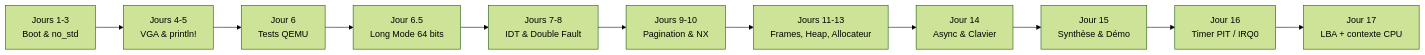
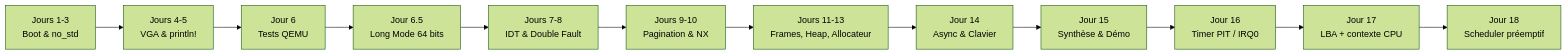
Before and after one commit to Traorehub/Project_Modern_OS_with_Rust: the diagram in README.md, drawn with Mermaid (forest theme). The commit also changed other lines of this file and 43 other files, not shown here.

````diff
--- a/README.md
+++ b/README.md
@@ -26,13 +26,14 @@
 ```mermaid
 graph LR
     A[Jours 1-3<br/>Boot & no_std] --> B[Jours 4-5<br/>VGA & println!]
     B --> C[Jour 6<br/>Tests QEMU]
     C --> D[Jour 6.5<br/>Long Mode 64 bits]
     D --> E[Jours 7-8<br/>IDT & Double Fault]
     E --> F[Jours 9-10<br/>Pagination & NX]
     F --> G[Jours 11-13<br/>Frames, Heap, Allocateur]
     G --> H[Jour 14<br/>Async & Clavier]
     H --> I[Jour 15<br/>Synthèse & Démo]
     I --> J[Jour 16<br/>Timer PIT / IRQ0]
     J --> K[Jour 17<br/>LBA + contexte CPU]
+    K --> L[Jour 18<br/>Scheduler préemptif]
 ```
````
